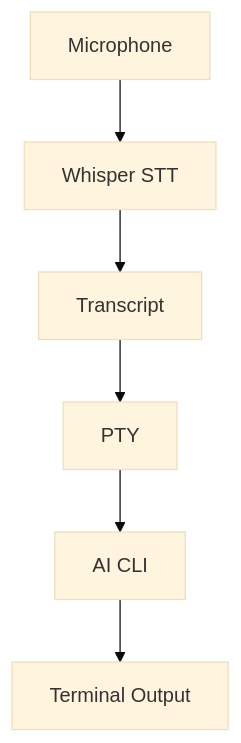
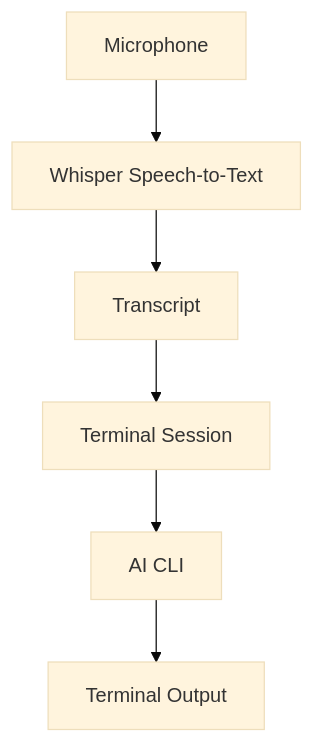
Before and after one commit to jguida941/voiceterm: the diagram in README.md, drawn with Mermaid (base theme). The commit also changed other lines of this file and 11 other files, not shown here.

````diff
--- a/README.md
+++ b/README.md
@@ -122,8 +124,8 @@
 ```mermaid
 graph TD
-    A["Microphone"] --> B["Whisper STT"]
+    A["Microphone"] --> B["Whisper Speech-to-Text"]
     B --> C["Transcript"]
-    C --> D["PTY"]
+    C --> D["Terminal Session"]
     D --> E["AI CLI"]
     E --> F["Terminal Output"]
 ```
````
